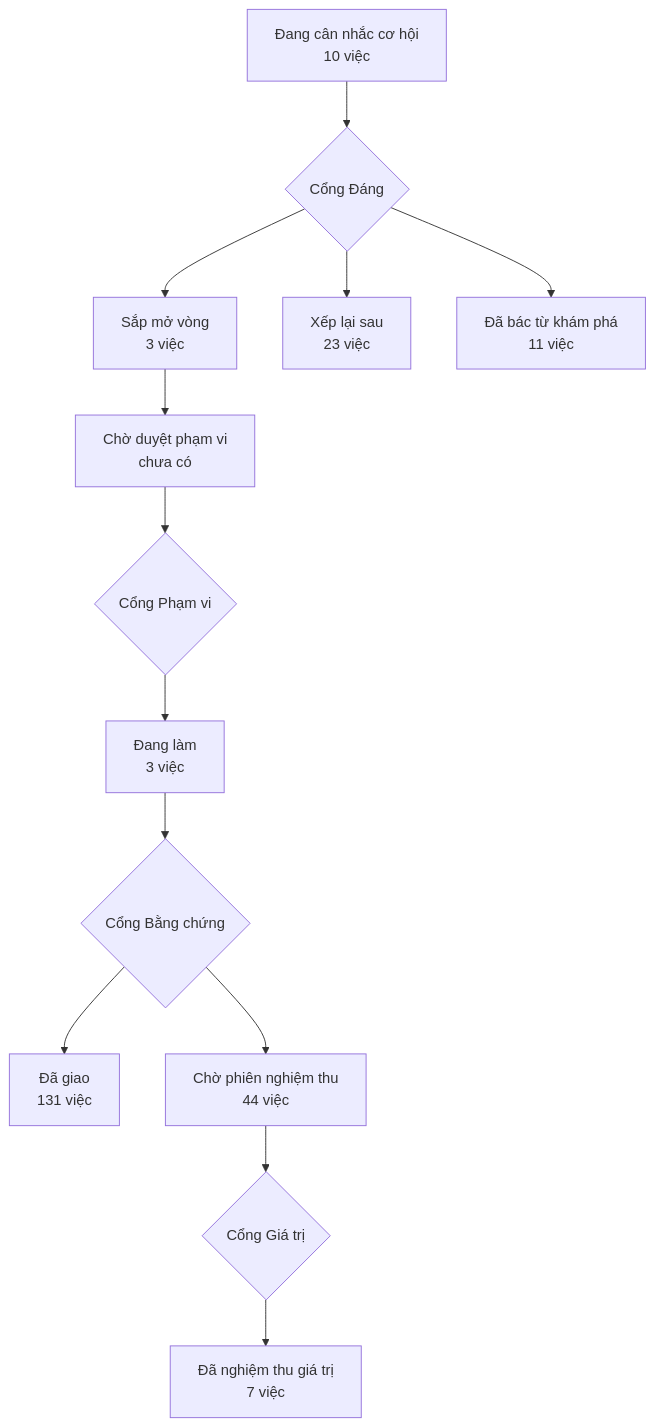
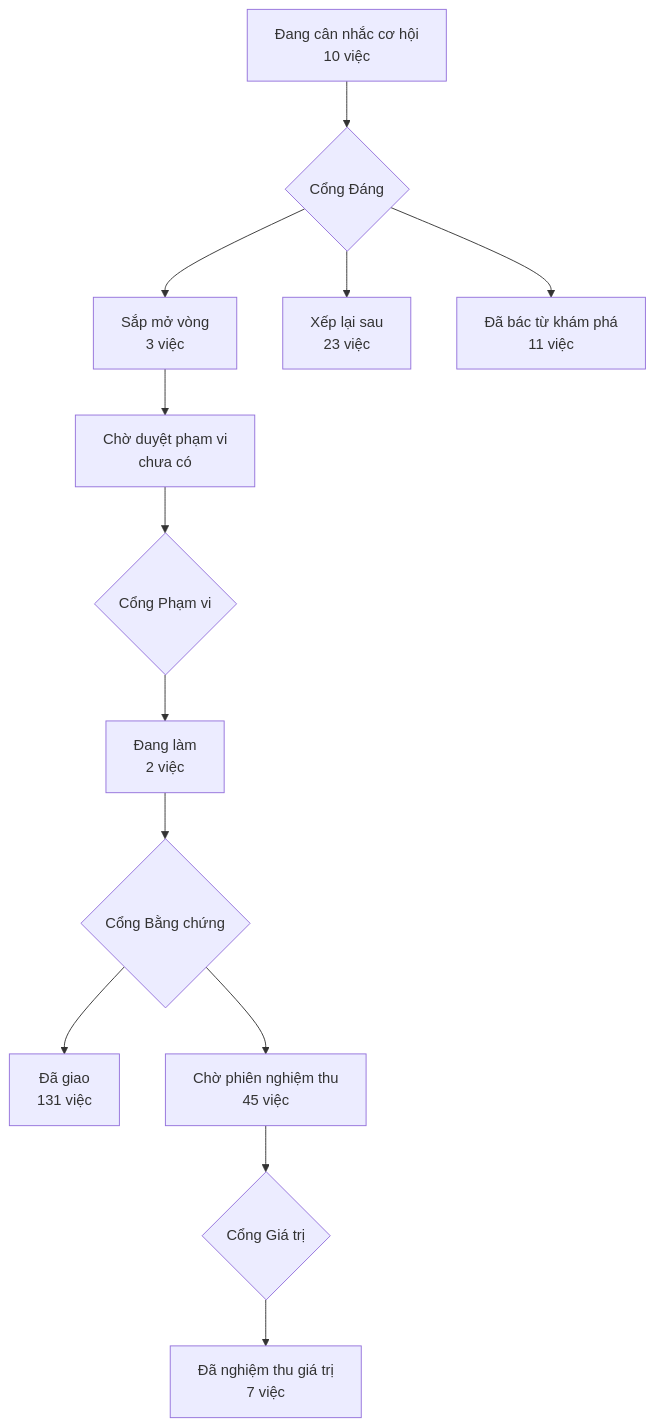
Before and after one commit to phanlemanh/acceptance-gate-kit: the diagram in PRODUCT-MAP.md, drawn with Mermaid. The commit also changed 7 other files, not shown here.

````diff
--- a/PRODUCT-MAP.md
+++ b/PRODUCT-MAP.md
@@ -7,12 +7,12 @@
 ```mermaid
 flowchart TD
   A["Đang cân nhắc cơ hội<br/>10 việc"] --> GD{"Cổng Đáng"}
   GD --> B["Sắp mở vòng<br/>3 việc"]
   GD --> XL["Xếp lại sau<br/>23 việc"]
   GD --> DB["Đã bác từ khám phá<br/>11 việc"]
   B --> CD["Chờ duyệt phạm vi<br/>chưa có"] --> GP{"Cổng Phạm vi"}
-  GP --> DL["Đang làm<br/>3 việc"] --> GB{"Cổng Bằng chứng"}
+  GP --> DL["Đang làm<br/>2 việc"] --> GB{"Cổng Bằng chứng"}
   GB --> DG["Đã giao<br/>131 việc"]
-  GB --> CN["Chờ phiên nghiệm thu<br/>44 việc"] --> GG{"Cổng Giá trị"}
+  GB --> CN["Chờ phiên nghiệm thu<br/>45 việc"] --> GG{"Cổng Giá trị"}
   GG --> NT["Đã nghiệm thu giá trị<br/>7 việc"]
 ```
````
